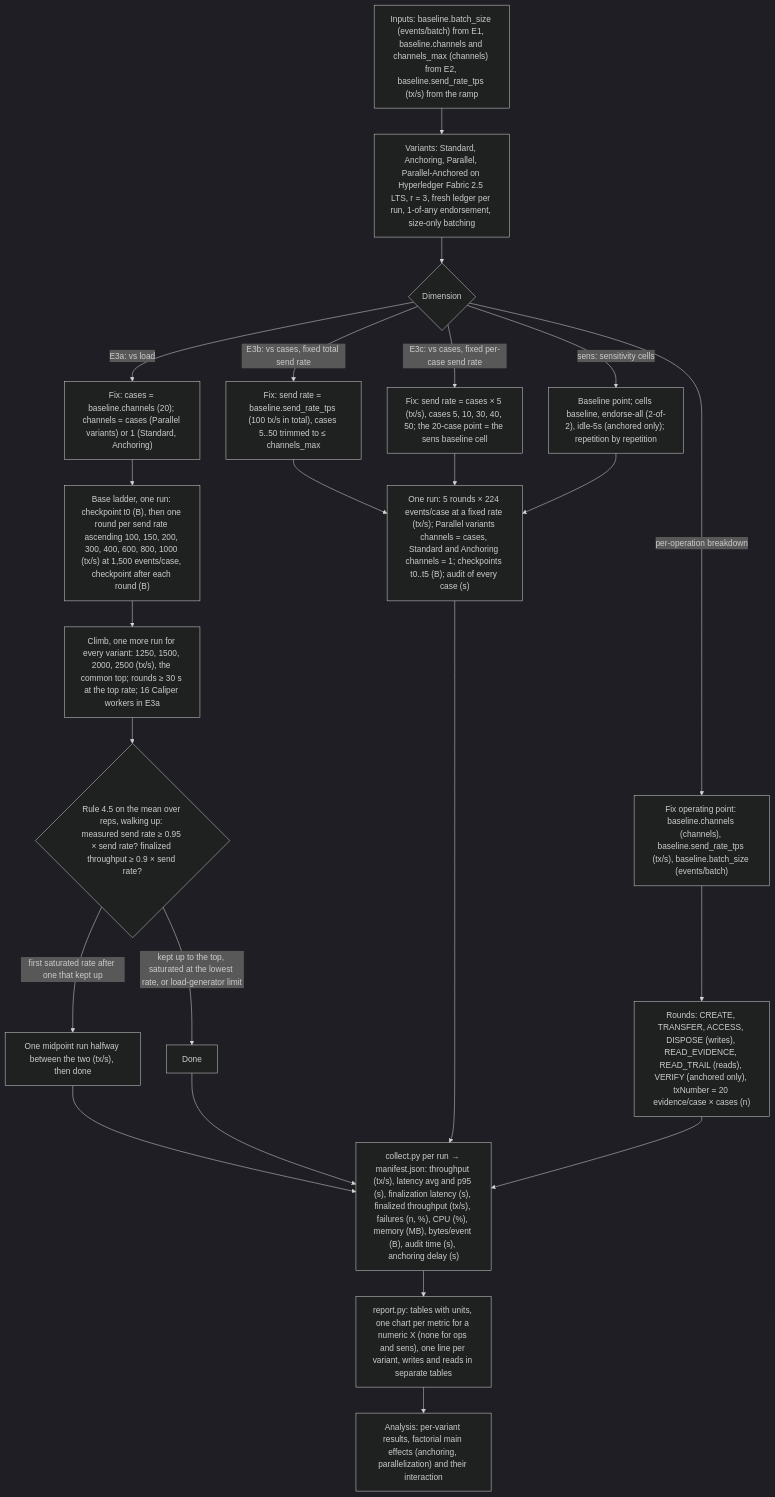
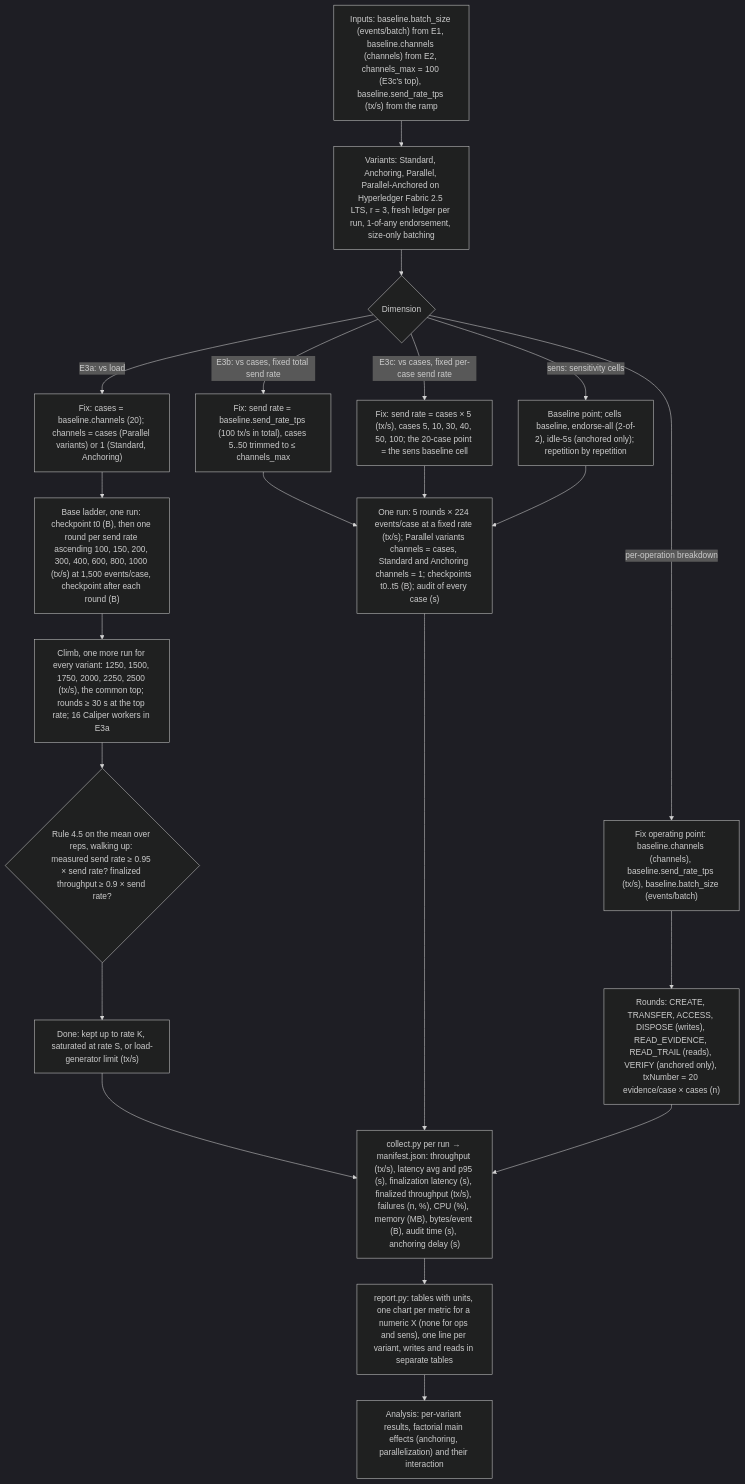
Before and after one commit to theflorist18/GLEIPNIR: the third of 3 diagrams in docs/methodology/experiments.md, drawn with Mermaid (dark theme). The commit also changed other lines of this file and 15 other files, not shown here.

First line of the commit message:
Gateway limit 3250, finalized-throughput rule, same E3a rates, E3c to 100 cases (CONTRACTS 12-26 to 12-29)

````diff
--- a/docs/methodology/experiments.md
+++ b/docs/methodology/experiments.md
@@ -423,25 +434,23 @@
 ```mermaid
 flowchart TD
-    A["Inputs: baseline.batch_size (events/batch) from E1, baseline.channels and channels_max (channels) from E2, baseline.send_rate_tps (tx/s) from the ramp"] --> B["Variants: Standard, Anchoring, Parallel, Parallel-Anchored on Hyperledger Fabric 2.5 LTS, r = 3, fresh ledger per run, 1-of-any endorsement, size-only batching"]
+    A["Inputs: baseline.batch_size (events/batch) from E1, baseline.channels (channels) from E2, channels_max = 100 (E3c's top), baseline.send_rate_tps (tx/s) from the ramp"] --> B["Variants: Standard, Anchoring, Parallel, Parallel-Anchored on Hyperledger Fabric 2.5 LTS, r = 3, fresh ledger per run, 1-of-any endorsement, size-only batching"]
     B --> C{"Dimension"}
     C -->|"E3a: vs load"| D["Fix: cases = baseline.channels (20); channels = cases (Parallel variants) or 1 (Standard, Anchoring)"]
     D --> E["Base ladder, one run: checkpoint t0 (B), then one round per send rate ascending 100, 150, 200, 300, 400, 600, 800, 1000 (tx/s) at 1,500 events/case, checkpoint after each round (B)"]
-    E --> G["Climb, one more run for every variant: 1250, 1500, 2000, 2500 (tx/s), the common top; rounds ≥ 30 s at the top rate; 16 Caliper workers in E3a"]
+    E --> G["Climb, one more run for every variant: 1250, 1500, 1750, 2000, 2250, 2500 (tx/s), the common top; rounds ≥ 30 s at the top rate; 16 Caliper workers in E3a"]
     G --> F{"Rule 4.5 on the mean over reps, walking up: measured send rate ≥ 0.95 × send rate? finalized throughput ≥ 0.9 × send rate?"}
-    F -->|"first saturated rate after one that kept up"| H["One midpoint run halfway between the two (tx/s), then done"]
-    F -->|"kept up to the top, saturated at the lowest rate, or load-generator limit"| I["Done"]
+    F --> I["Done: kept up to rate K, saturated at rate S, or load-generator limit (tx/s)"]
     C -->|"E3b: vs cases, fixed total send rate"| J["Fix: send rate = baseline.send_rate_tps (100 tx/s in total), cases 5..50 trimmed to ≤ channels_max"]
-    C -->|"E3c: vs cases, fixed per-case send rate"| K["Fix: send rate = cases × 5 (tx/s), cases 5, 10, 30, 40, 50; the 20-case point = the sens baseline cell"]
+    C -->|"E3c: vs cases, fixed per-case send rate"| K["Fix: send rate = cases × 5 (tx/s), cases 5, 10, 30, 40, 50, 100; the 20-case point = the sens baseline cell"]
     C -->|"sens: sensitivity cells"| L["Baseline point; cells baseline, endorse-all (2-of-2), idle-5s (anchored only); repetition by repetition"]
     J --> M["One run: 5 rounds × 224 events/case at a fixed rate (tx/s); Parallel variants channels = cases, Standard and Anchoring channels = 1; checkpoints t0..t5 (B); audit of every case (s)"]
     K --> M
     L --> M
     C -->|"per-operation breakdown"| N["Fix operating point: baseline.channels (channels), baseline.send_rate_tps (tx/s), baseline.batch_size (events/batch)"]
     N --> O["Rounds: CREATE, TRANSFER, ACCESS, DISPOSE (writes), READ_EVIDENCE, READ_TRAIL (reads), VERIFY (anchored only), txNumber = 20 evidence/case × cases (n)"]
-    H --> P["collect.py per run → manifest.json: throughput (tx/s), latency avg and p95 (s), finalization latency (s), finalized throughput (tx/s), failures (n, %), CPU (%), memory (MB), bytes/event (B), audit time (s), anchoring delay (s)"]
-    I --> P
+    I --> P["collect.py per run → manifest.json: throughput (tx/s), latency avg and p95 (s), finalization latency (s), finalized throughput (tx/s), failures (n, %), CPU (%), memory (MB), bytes/event (B), audit time (s), anchoring delay (s)"]
     M --> P
     O --> P
     P --> Q["report.py: tables with units, one chart per metric for a numeric X (none for ops and sens), one line per variant, writes and reads in separate tables"]
     Q --> R["Analysis: per-variant results, factorial main effects (anchoring, parallelization) and their interaction"]
 ```
````
